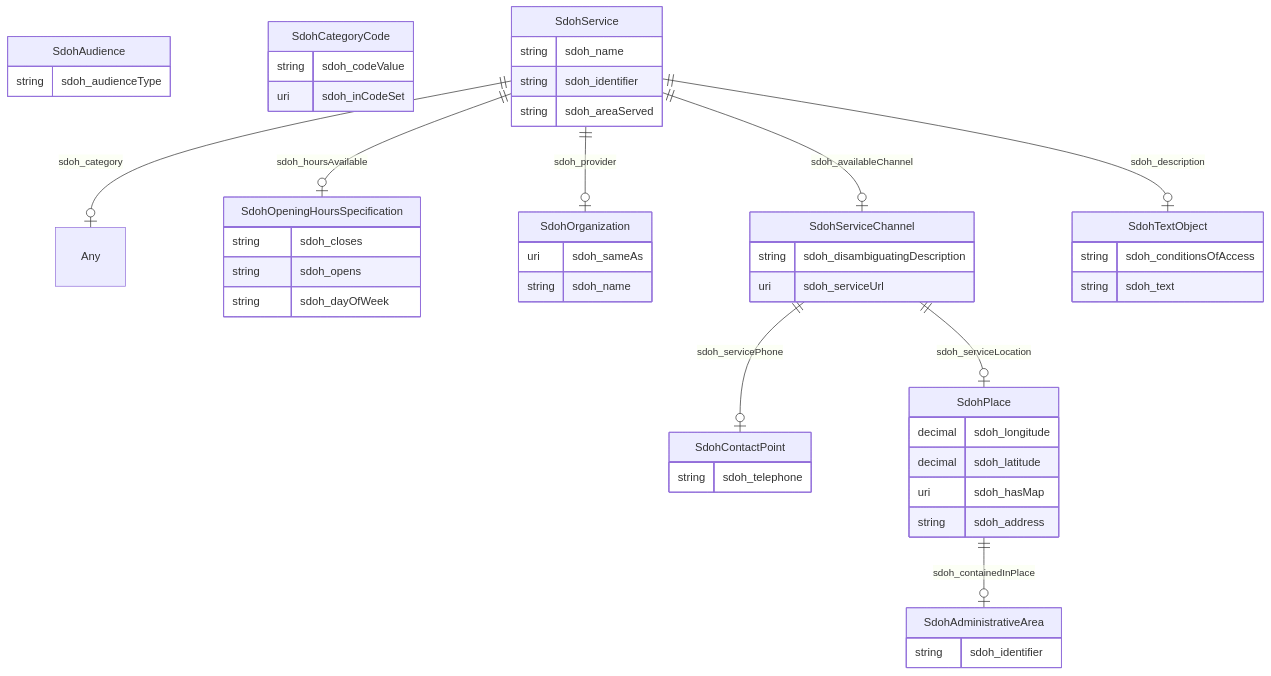
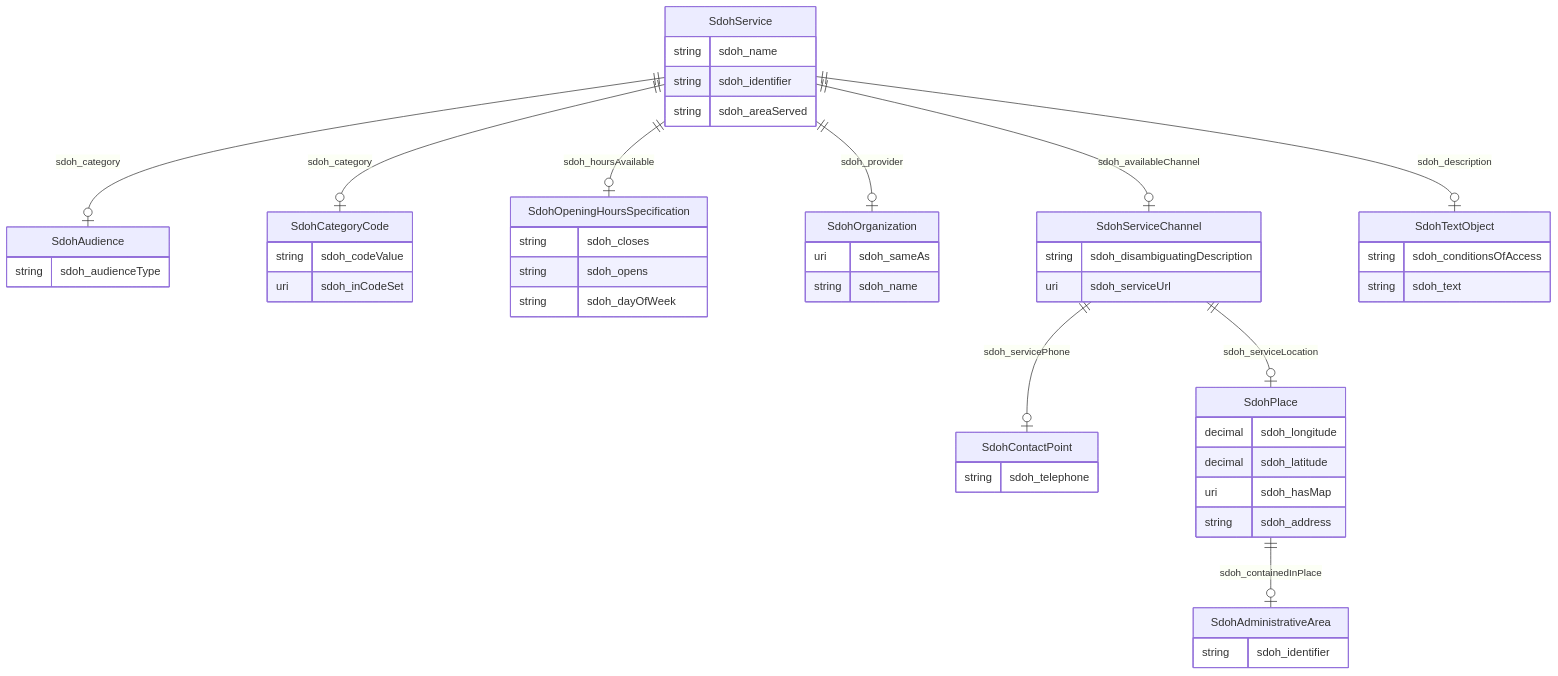
Before and after one commit to frink-okn/graph-descriptions: the diagram in dream-kg/README.md, drawn with Mermaid. The commit also changed other lines of this file and 6807 other files, not shown here.

````diff
--- a/dream-kg/README.md
+++ b/dream-kg/README.md
@@ -13,57 +13,55 @@
 ```mermaid
 erDiagram
-Any {
-
-}
 SdohAdministrativeArea {
     string sdoh_identifier  
 }
 SdohAudience {
     string sdoh_audienceType  
 }
 SdohCategoryCode {
     string sdoh_codeValue  
     uri sdoh_inCodeSet  
 }
 SdohContactPoint {
     string sdoh_telephone  
 }
 SdohOpeningHoursSpecification {
     string sdoh_closes  
     string sdoh_opens  
     string sdoh_dayOfWeek  
 }
 SdohOrganization {
     uri sdoh_sameAs  
     string sdoh_name  
 }
 SdohPlace {
     decimal sdoh_longitude  
     decimal sdoh_latitude  
     uri sdoh_hasMap  
     string sdoh_address  
 }
 SdohService {
     string sdoh_name  
     string sdoh_identifier  
     string sdoh_areaServed  
 }
 SdohServiceChannel {
     string sdoh_disambiguatingDescription  
     uri sdoh_serviceUrl  
 }
 SdohTextObject {
     string sdoh_conditionsOfAccess  
     string sdoh_text  
 }
 
 SdohPlace ||--|o SdohAdministrativeArea : "sdoh_containedInPlace"
 SdohService ||--|o SdohOpeningHoursSpecification : "sdoh_hoursAvailable"
 SdohService ||--|o SdohTextObject : "sdoh_description"
 SdohService ||--|o SdohServiceChannel : "sdoh_availableChannel"
 SdohService ||--|o SdohOrganization : "sdoh_provider"
-SdohService ||--|o Any : "sdoh_category"
+SdohService ||--|o SdohCategoryCode : "sdoh_category"
+SdohService ||--|o SdohAudience : "sdoh_category"
 SdohServiceChannel ||--|o SdohContactPoint : "sdoh_servicePhone"
 SdohServiceChannel ||--|o SdohPlace : "sdoh_serviceLocation"
 
 ```
````
